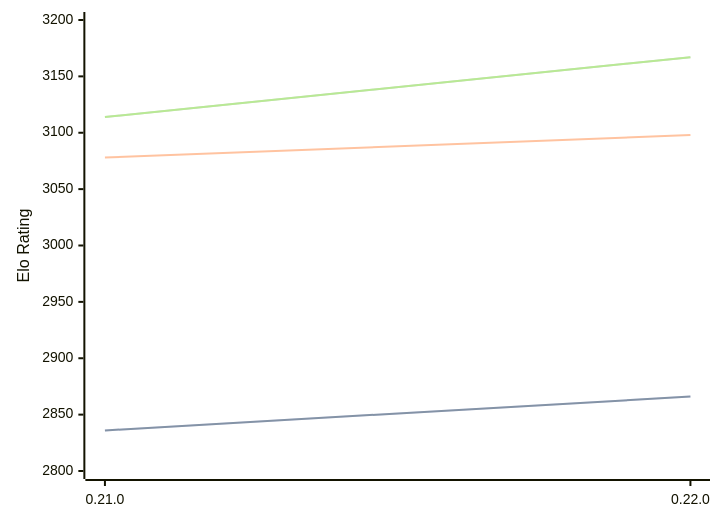
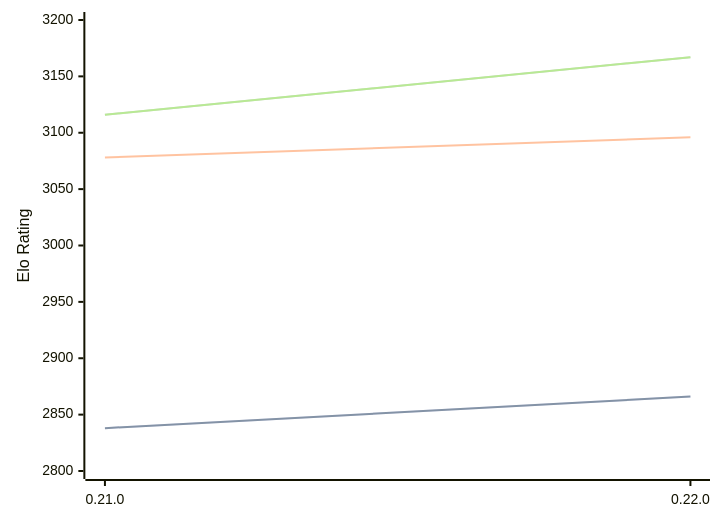
One commit to computer-chess-index/cci changed the diagram in engines/Princhess.md. Above: the diagram before and after it, drawn with Mermaid. The commit also changed other lines of this file, not shown here.

Commit message:
Update CCI Ratings (ELO VLTC) - 2026-09-08

````diff
--- a/engines/Princhess.md
+++ b/engines/Princhess.md
@@ -32,11 +32,11 @@
 ```mermaid
 %%{init: {"theme":"base","themeVariables":{"seriesColors:['#a3a3a3','#222221','#faa371']}}}%%
 xychart-beta
   x-axis ["0.21.0", "0.22.0"]
   y-axis "Elo Rating" 2800 --> 3200
-  line "" [2836, 2866]
-  line "STC (8.0+0.08s)" [2836, 2866]
-  line "LTC (60.0+0.60s)" [3078, 3098]
-  line "" [3114, 3167]
-  line "VLTC (2m24s+1.12s)" [3114, 3167]
+  line "" [2838, 2866]
+  line "STC (8.0+0.08s)" [2838, 2866]
+  line "LTC (60.0+0.60s)" [3078, 3096]
+  line "" [3116, 3167]
+  line "VLTC (2m24s+1.12s)" [3116, 3167]
 ```
````
